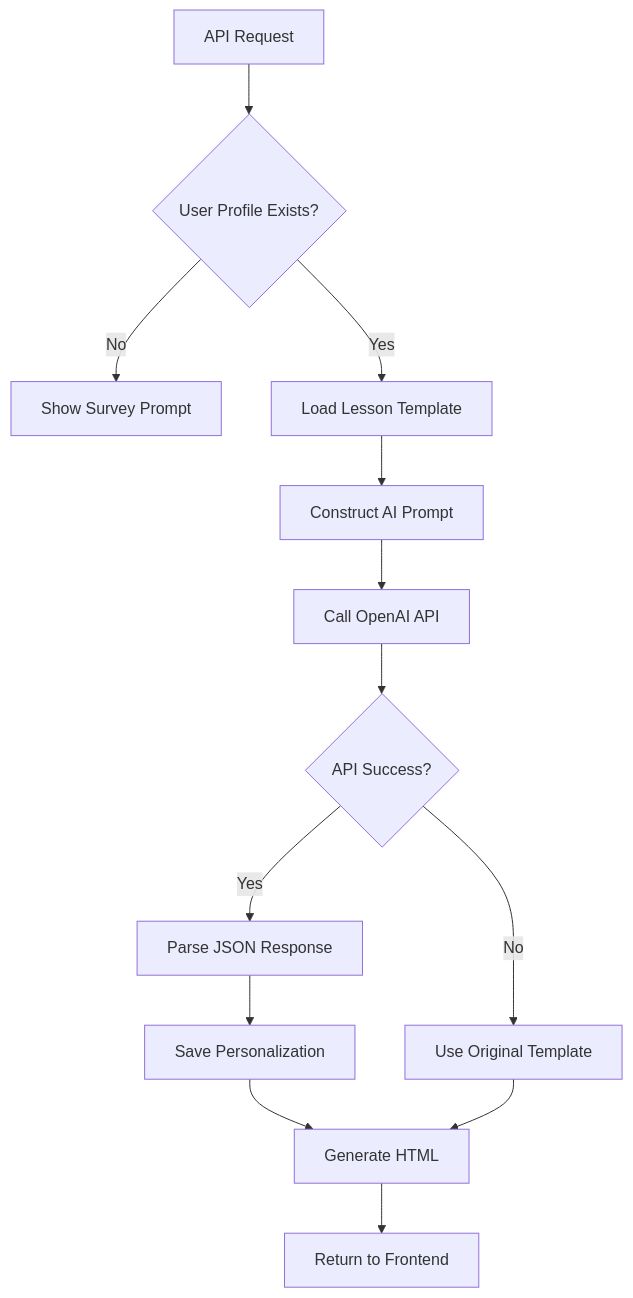
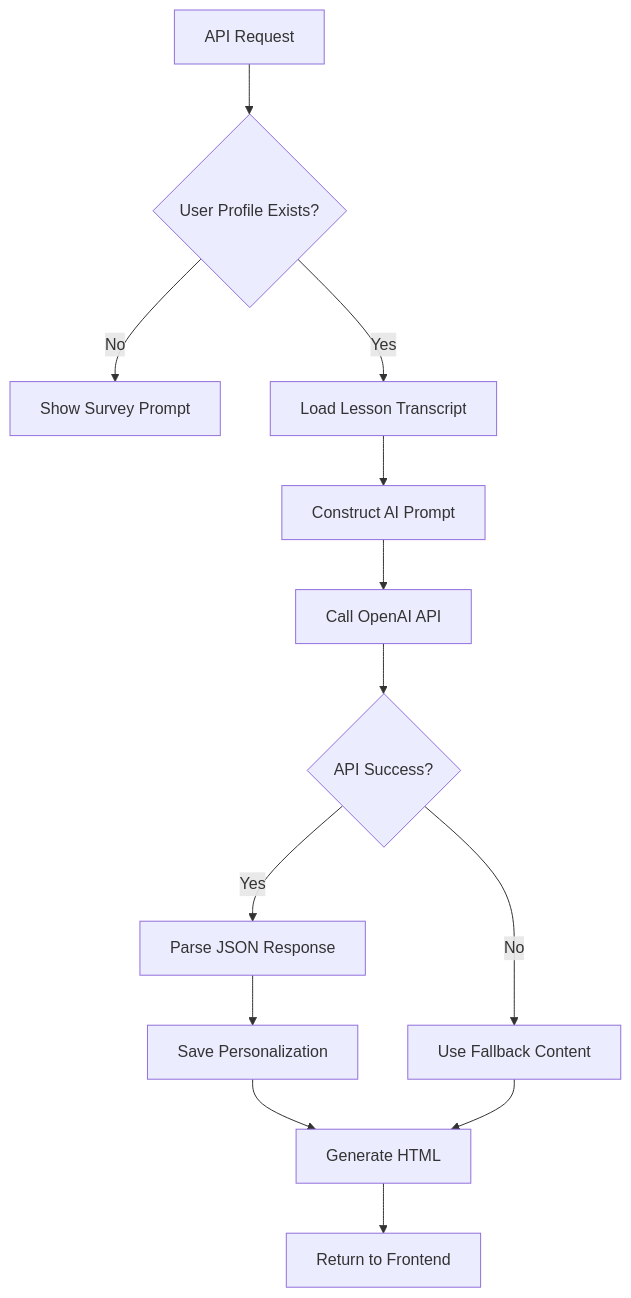
The first of 3 diagrams in .qoder/repowiki/en/content/Personalization Engine/AI Processing Workflow.md (lommaks777/pesonalisev2), drawn with Mermaid before and after one commit. The commit also changed other lines of this file and 42 other files, not shown here.

````diff
--- a/.qoder/repowiki/en/content/Personalization Engine/AI Processing Workflow.md
+++ b/.qoder/repowiki/en/content/Personalization Engine/AI Processing Workflow.md
@@ -43,15 +51,15 @@
 ```mermaid
 flowchart TD
 A[API Request] --> B{User Profile Exists?}
 B --> |No| C[Show Survey Prompt]
-B --> |Yes| D[Load Lesson Template]
+B --> |Yes| D[Load Lesson Transcript]
 D --> E[Construct AI Prompt]
 E --> F[Call OpenAI API]
 F --> G{API Success?}
 G --> |Yes| H[Parse JSON Response]
-G --> |No| I[Use Original Template]
+G --> |No| I[Use Fallback Content]
 H --> J[Save Personalization]
 J --> K[Generate HTML]
 I --> K
 K --> L[Return to Frontend]
 ```
````
